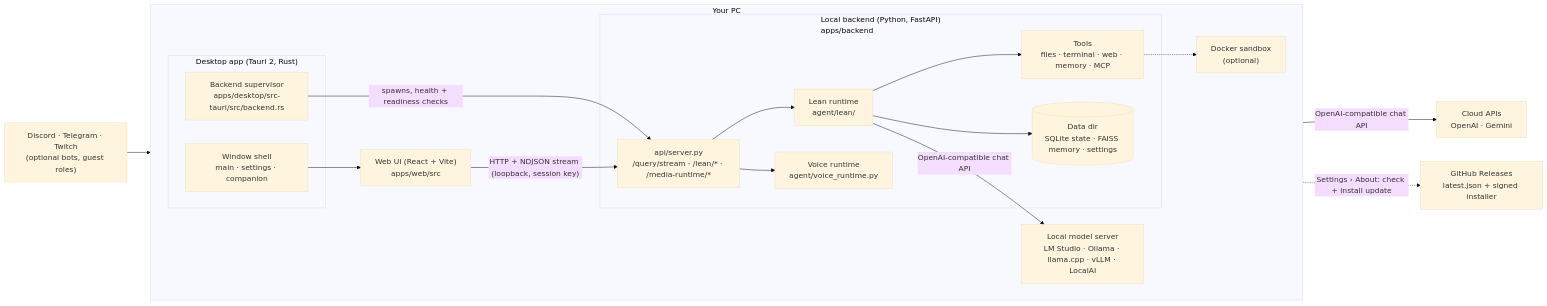
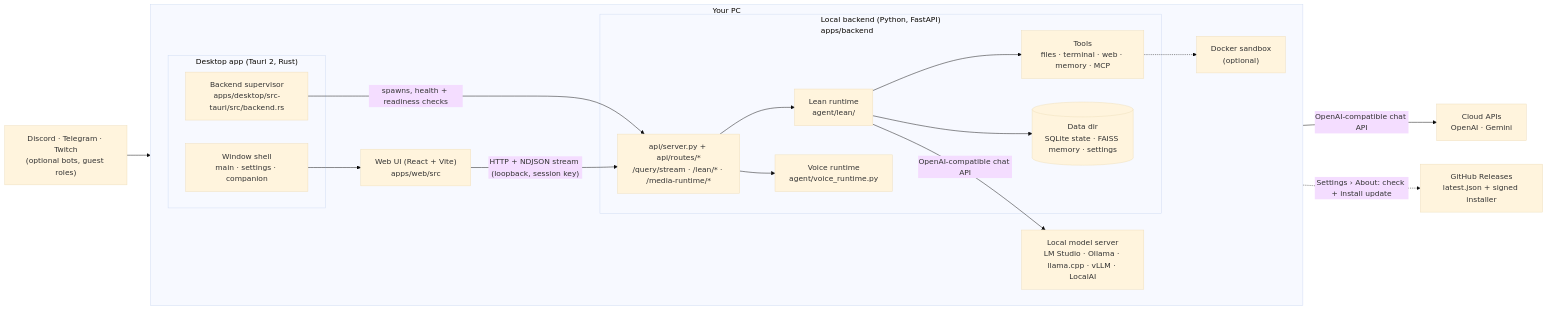
The first of 5 diagrams in docs/ARCHITECTURE.md (Ty0x7/EchoSpeak), drawn with Mermaid (base theme) before and after one commit. The commit also changed other lines of this file and 51 other files, not shown here.

First line of the commit message:
Remove the Go TUI and terminal wizard; one guide, one architecture doc, one roadmap

````diff
--- a/docs/ARCHITECTURE.md
+++ b/docs/ARCHITECTURE.md
@@ -10,36 +9,36 @@
 ```mermaid
 flowchart LR
   subgraph PC["Your PC"]
     direction LR
     subgraph Desktop["Desktop app (Tauri 2, Rust)"]
       Shell["Window shell<br/>main · settings · companion"]
       Super["Backend supervisor<br/>apps/desktop/src-tauri/src/backend.rs"]
     end
     UI["Web UI (React + Vite)<br/>apps/web/src"]
     subgraph Backend["Local backend (Python, FastAPI)<br/>apps/backend"]
-      API["api/server.py<br/>/query/stream · /lean/* · /media-runtime/*"]
+      API["api/server.py + api/routes/*<br/>/query/stream · /lean/* · /media-runtime/*"]
       Lean["Lean runtime<br/>agent/lean/"]
       Tools["Tools<br/>files · terminal · web · memory · MCP"]
       Voice["Voice runtime<br/>agent/voice_runtime.py"]
       Store[("Data dir<br/>SQLite state · FAISS memory · settings")]
     end
     Docker["Docker sandbox<br/>(optional)"]
     LocalLLM["Local model server<br/>LM Studio · Ollama · llama.cpp · vLLM · LocalAI"]
   end
   Cloud["Cloud APIs<br/>OpenAI · Gemini"]
   Channels["Discord · Telegram · Twitch<br/>(optional bots, guest roles)"]
   GitHub["GitHub Releases<br/>latest.json + signed installer"]
 
   Shell --> UI
   Super -- "spawns, health + readiness checks" --> API
   UI -- "HTTP + NDJSON stream (loopback, session key)" --> API
   API --> Lean
   API --> Voice
   Lean --> Tools
   Tools -.-> Docker
   Lean -- "OpenAI-compatible chat API" --> LocalLLM
   Lean -- "OpenAI-compatible chat API" --> Cloud
   Lean --> Store
   Channels --> API
   Super -. "Settings › About: check + install update" .-> GitHub
 ```
````
